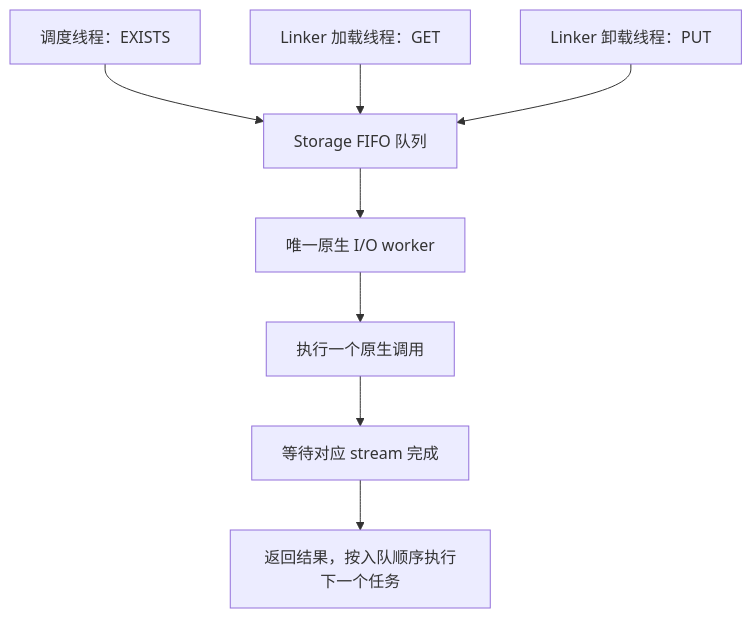
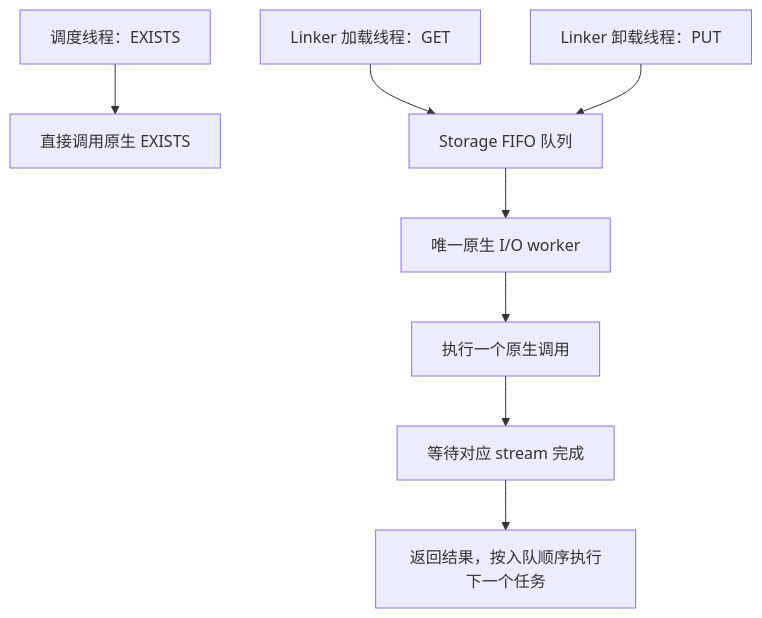
Before and after one commit to jxrjxrjxr/sglang: the second of 2 diagrams in oceandisk_cp_io_summary.md, drawn with Mermaid. The commit also changed other lines of this file and 1 other file, not shown here.

````diff
--- a/oceandisk_cp_io_summary.md
+++ b/oceandisk_cp_io_summary.md
@@ -65,10 +65,10 @@
 ```mermaid
 flowchart TD
-    S[调度线程：EXISTS] --> Q[Storage FIFO 队列]
-    L[Linker 加载线程：GET] --> Q
+    S[调度线程：EXISTS] --> X[直接调用原生 EXISTS]
+    L[Linker 加载线程：GET] --> Q[Storage FIFO 队列]
     W[Linker 卸载线程：PUT] --> Q
     Q --> I[唯一原生 I/O worker]
     I --> N[执行一个原生调用]
     N --> E[等待对应 stream 完成]
     E --> R[返回结果，按入队顺序执行下一个任务]
 ```
````
